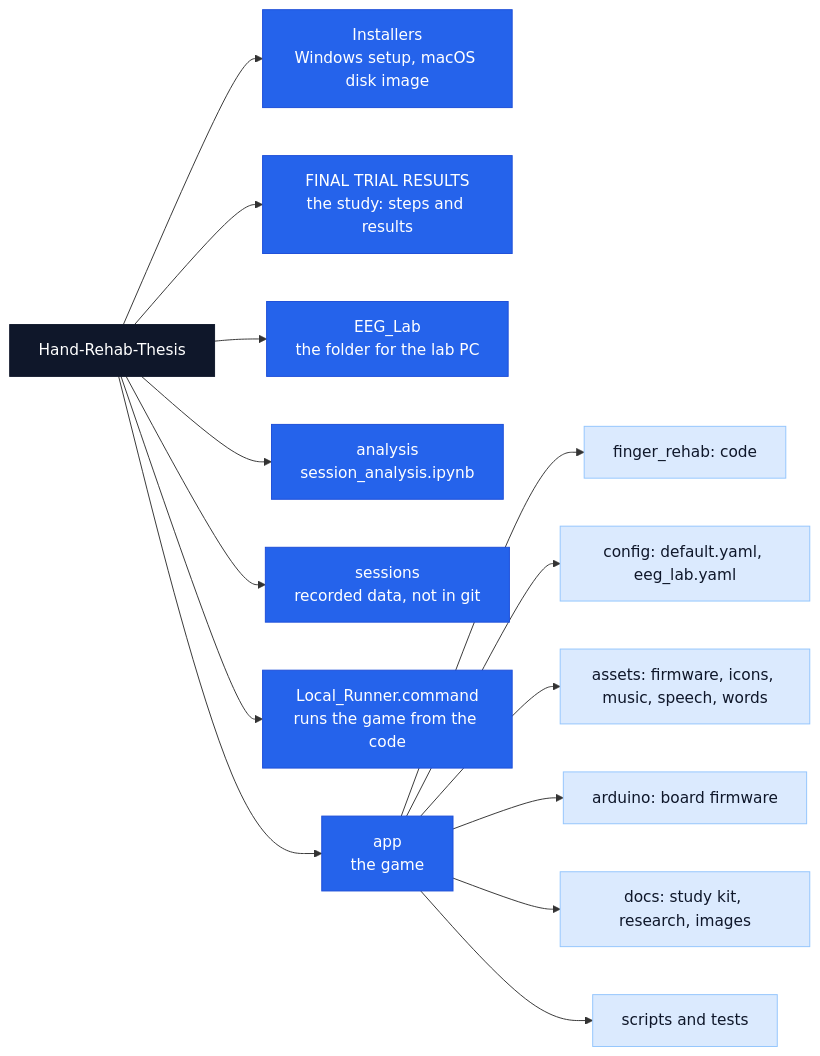
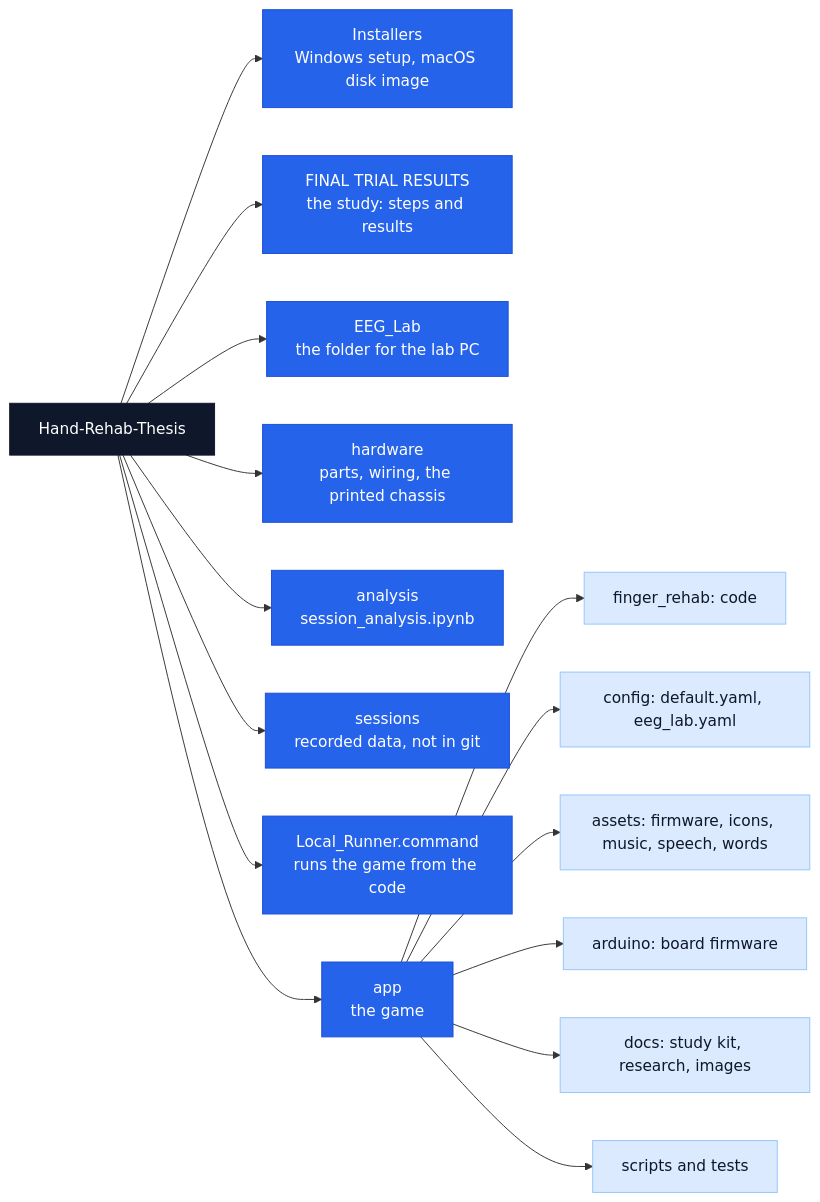
One commit to basil2fxs/Hand-Rehab-Thesis changed the first of 2 diagrams in README.md. Above: the diagram before and after it, drawn with Mermaid. The commit also changed other lines of this file and 18 other files, not shown here.

````diff
--- a/README.md
+++ b/README.md
@@ -10,20 +10,21 @@
 ```mermaid
 flowchart LR
   R["Hand-Rehab-Thesis"]:::root
   R --> I["Installers<br>Windows setup, macOS disk image"]:::top
   R --> Y["FINAL TRIAL RESULTS<br>the study: steps and results"]:::top
   R --> E["EEG_Lab<br>the folder for the lab PC"]:::top
+  R --> W["hardware<br>parts, wiring, the printed chassis"]:::top
   R --> N["analysis<br>session_analysis.ipynb"]:::top
   R --> S["sessions<br>recorded data, not in git"]:::top
   R --> L["Local_Runner.command<br>runs the game from the code"]:::top
   R --> A["app<br>the game"]:::top
   A --> A1["finger_rehab: code"]:::sub
   A --> A2["config: default.yaml, eeg_lab.yaml"]:::sub
   A --> A3["assets: firmware, icons, music, speech, words"]:::sub
   A --> A4["arduino: board firmware"]:::sub
   A --> A5["docs: study kit, research, images"]:::sub
   A --> A6["scripts and tests"]:::sub
   classDef root fill:#0f172a,color:#fff,stroke:#0f172a
   classDef top fill:#2563eb,color:#fff,stroke:#1d4ed8
   classDef sub fill:#dbeafe,color:#0f172a,stroke:#93c5fd
 ```
````
